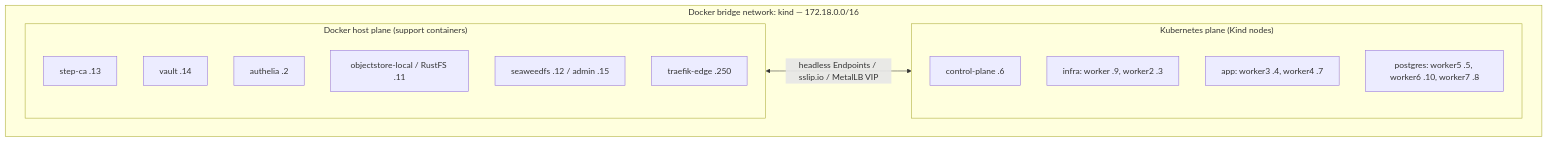
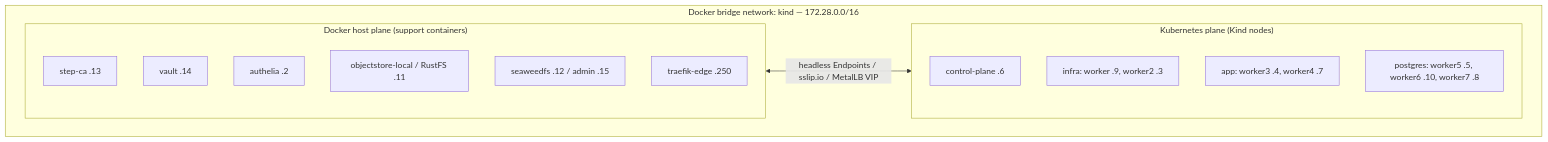
Before and after one commit to rmlandvreugd/cnpg-playground: the first of 5 diagrams in docs/detailed-architecture.md, drawn with Mermaid. The commit also changed other lines of this file and 34 other files, not shown here.

````diff
--- a/docs/detailed-architecture.md
+++ b/docs/detailed-architecture.md
@@ -24,20 +24,20 @@
 ```mermaid
 graph TB
-    subgraph Bridge["Docker bridge network: kind — 172.18.0.0/16"]
+    subgraph Bridge["Docker bridge network: kind — 172.28.0.0/16"]
         subgraph HostPlane["Docker host plane (support containers)"]
             SC["step-ca .13"]
             VA["vault .14"]
             AU["authelia .2"]
             RF["objectstore-local / RustFS .11"]
             SW["seaweedfs .12 / admin .15"]
             ED["traefik-edge .250"]
         end
         subgraph K8sPlane["Kubernetes plane (Kind nodes)"]
             CP["control-plane .6"]
             IN["infra: worker .9, worker2 .3"]
             AP["app: worker3 .4, worker4 .7"]
             PG["postgres: worker5 .5, worker6 .10, worker7 .8"]
         end
     end
     HostPlane <-->|"headless Endpoints / sslip.io / MetalLB VIP"| K8sPlane
 ```
````
